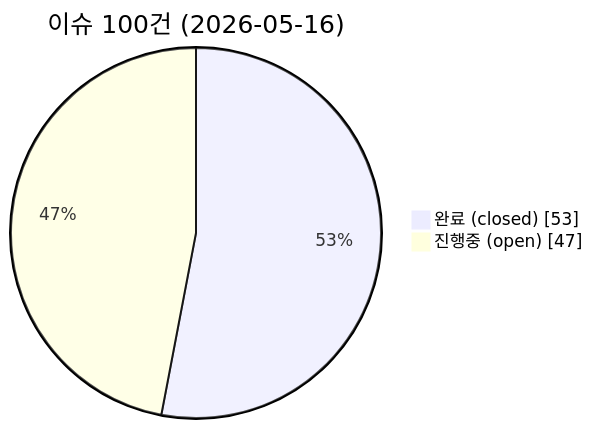
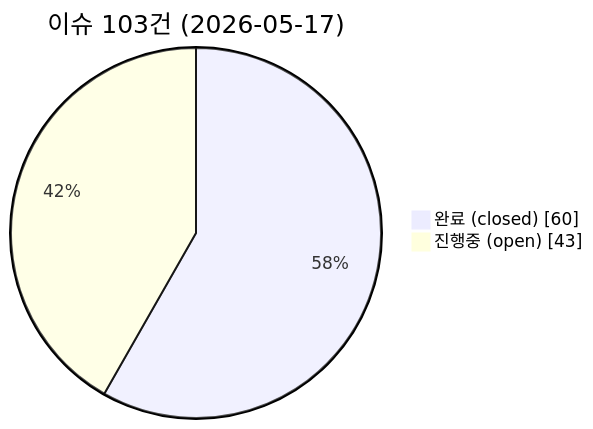
Before and after one commit to holee9/MD-process: the first of 4 diagrams in README.md, drawn with Mermaid. The commit also changed other lines of this file, not shown here.

````diff
--- a/README.md
+++ b/README.md
@@ -89,6 +89,6 @@
 ```mermaid
 pie showData
-    title 이슈 100건 (2026-05-16)
-    "완료 (closed)" : 53
-    "진행중 (open)" : 47
+    title 이슈 103건 (2026-05-17)
+    "완료 (closed)" : 60
+    "진행중 (open)" : 43
 ```
````
